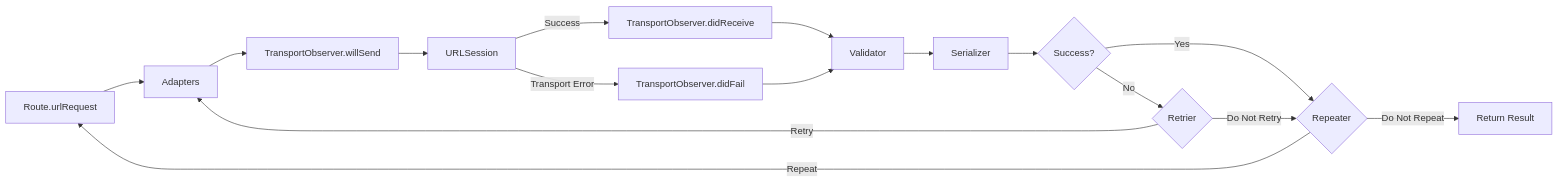
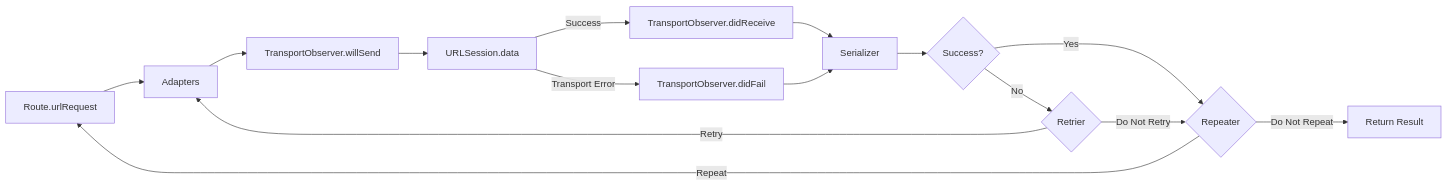
Before and after one commit to djk12587/PopNetworking: the first of 2 diagrams in README.md, drawn with Mermaid. The commit also changed other lines of this file and 76 other files, not shown here.

````diff
--- a/README.md
+++ b/README.md
@@ -62,18 +78,17 @@
 ```mermaid
 flowchart LR
     A[Route.urlRequest] --> B[Adapters]
     B --> O1[TransportObserver.willSend]
-    O1 --> C[URLSession]
+    O1 --> C[URLSession.data]
     C -- Success --> O2[TransportObserver.didReceive]
     C -- Transport Error --> O3[TransportObserver.didFail]
-    O2 --> D[Validator]
+    O2 --> D[Serializer]
     O3 --> D
-    D --> E[Serializer]
-    E --> F{Success?}
-    F -- Yes --> I{Repeater}
-    F -- No --> H{Retrier}
+    D --> E{Success?}
+    E -- Yes --> I{Repeater}
+    E -- No --> H{Retrier}
     H -- Retry --> B
     H -- Do Not Retry --> I
     I -- Repeat --> A
     I -- Do Not Repeat --> G[Return Result]
 ```
````
